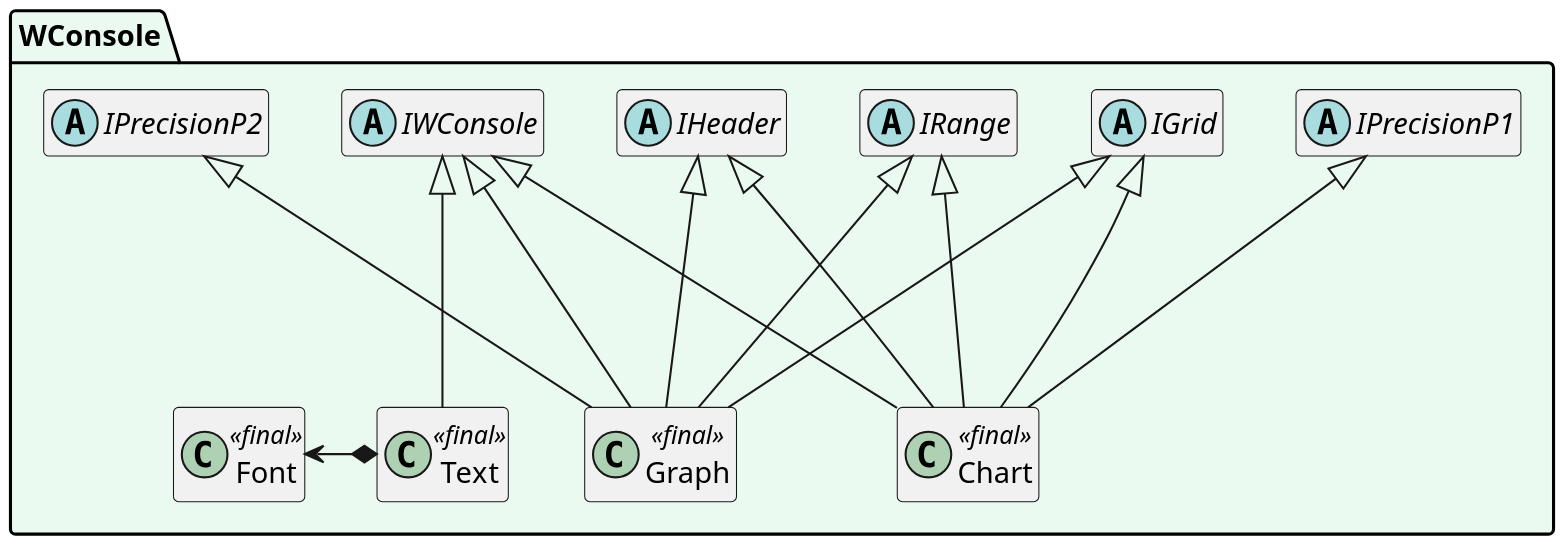
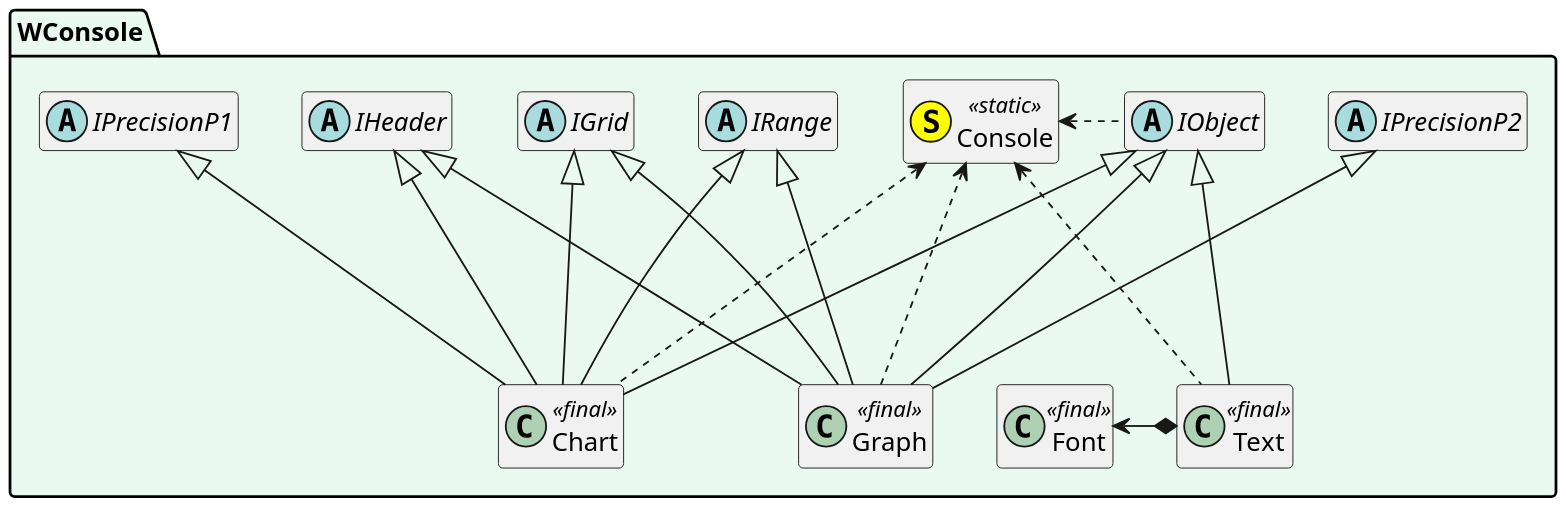
The diagram in doc/UMLClass.md (SergioStopkin/WideConsole), drawn with PlantUML before and after one commit.

Commit message:
UMLClass.md: Delete IWCosole, add IObject, add static Console

````diff
--- a/doc/UMLClass.md
+++ b/doc/UMLClass.md
@@ -1,39 +1,48 @@
 ```plantuml
 @startuml
 
 scale 1600 width
 
 hide empty members
 
 namespace WConsole #EAFAF1 {
 
 abstract class IGrid
 abstract class IHeader
+abstract class IObject
 abstract class IPrecisionP1
 abstract class IPrecisionP2
 abstract class IRange
-abstract class IWConsole
+class Console <<(S,#FFFF00)static>>
 class Chart <<final>>
 class Graph <<final>>
 class Text <<final>>
 class Font <<final>>
 
-IWConsole    <|--- Chart
-IHeader      <|--- Chart
+Console <. IObject
+Console <... Chart
+Console <... Graph
+Console <... Text
+
+IObject <|--- Chart
+IObject <|--- Graph
+IObject <|--- Text
+
+IHeader <|--- Chart
+IHeader <|--- Graph
+
+IRange <|--- Chart
+IRange <|--- Graph
+
+IGrid <|--- Chart
+IGrid <|--- Graph
+
 IPrecisionP1 <|--- Chart
-IRange       <|--- Chart
-IGrid        <|--- Chart
+IPrecisionP2 <|--- Graph
 
-IWConsole    <|--- Graph
-IHeader      <|--- Graph
-IPrecisionP2 <|--- Graph
-IRange       <|--- Graph
-IGrid        <|--- Graph
-
-IWConsole    <|--- Text
 Font         <-* Text
 
 }
 
 @enduml
 ```
````
